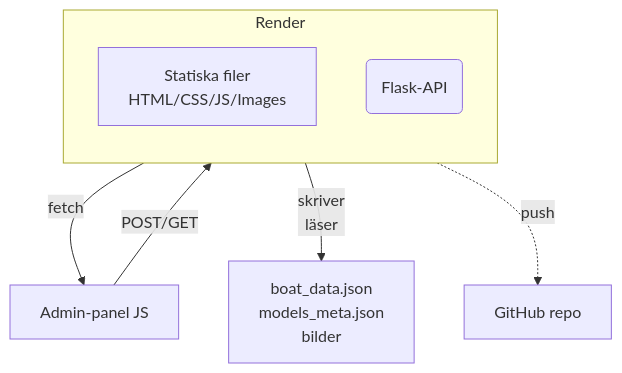
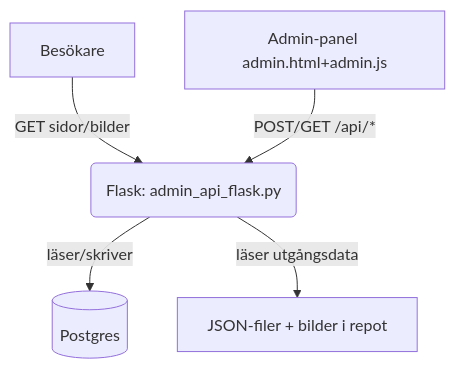
One commit to callewallerstedt/henricssons changed the diagram in README.md. Above: the diagram before and after it, drawn with Mermaid. The commit also changed other lines of this file and 39 other files, not shown here.

First line of the commit message:
Harden static serving, persist admin uploads in DB, clean repo cruft

````diff
--- a/README.md
+++ b/README.md
@@ -26,13 +12,7 @@
 ```mermaid
 flowchart TD
-    A[Statiska filer\nHTML/CSS/JS/Images] -->|fetch| B[Admin-panel JS]
-    B -->|POST/GET| C(Flask-API)
-    C -->|skriver\nläser| D[boat_data.json\nmodels_meta.json\nbilder]
-    C -.->|push| E[GitHub repo]
-
-    subgraph Render
-      direction TB
-      A
-      C
-    end
+    A[Besökare] -->|GET sidor/bilder| C(Flask: admin_api_flask.py)
+    B[Admin-panel admin.html+admin.js] -->|POST/GET /api/*| C
+    C -->|läser/skriver| D[(Postgres)]
+    C -->|läser utgångsdata| E[JSON-filer + bilder i repot]
 ```
````
